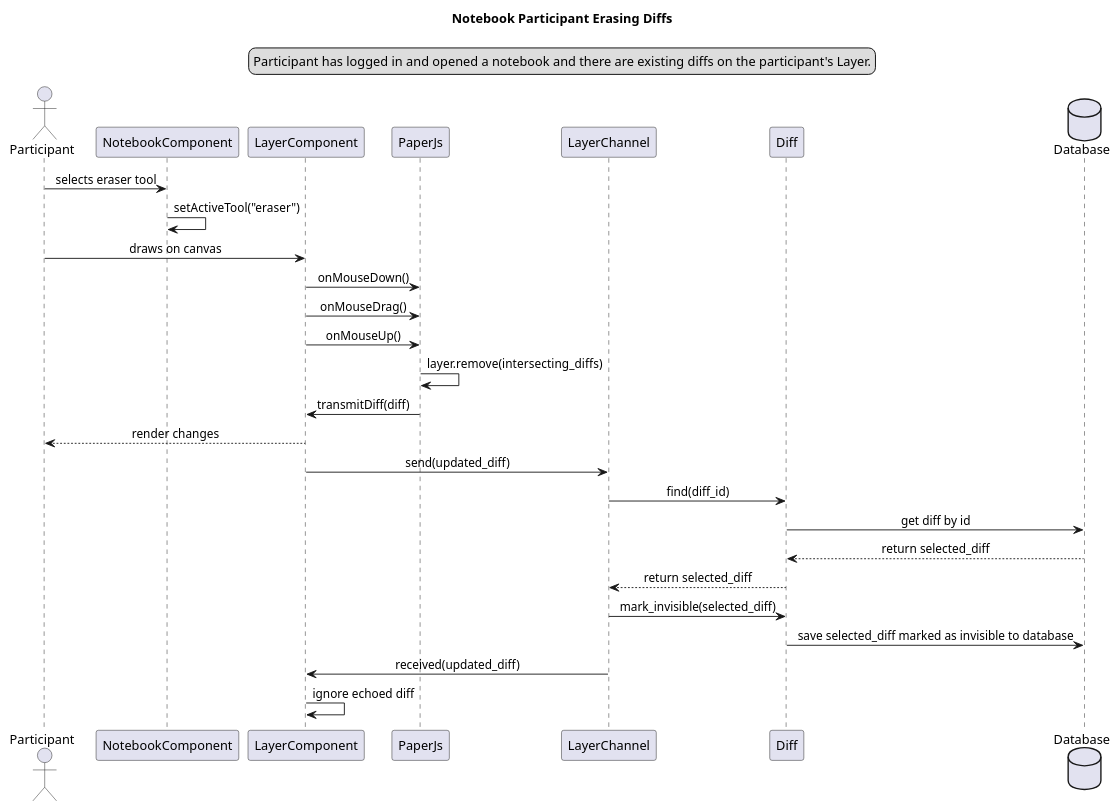
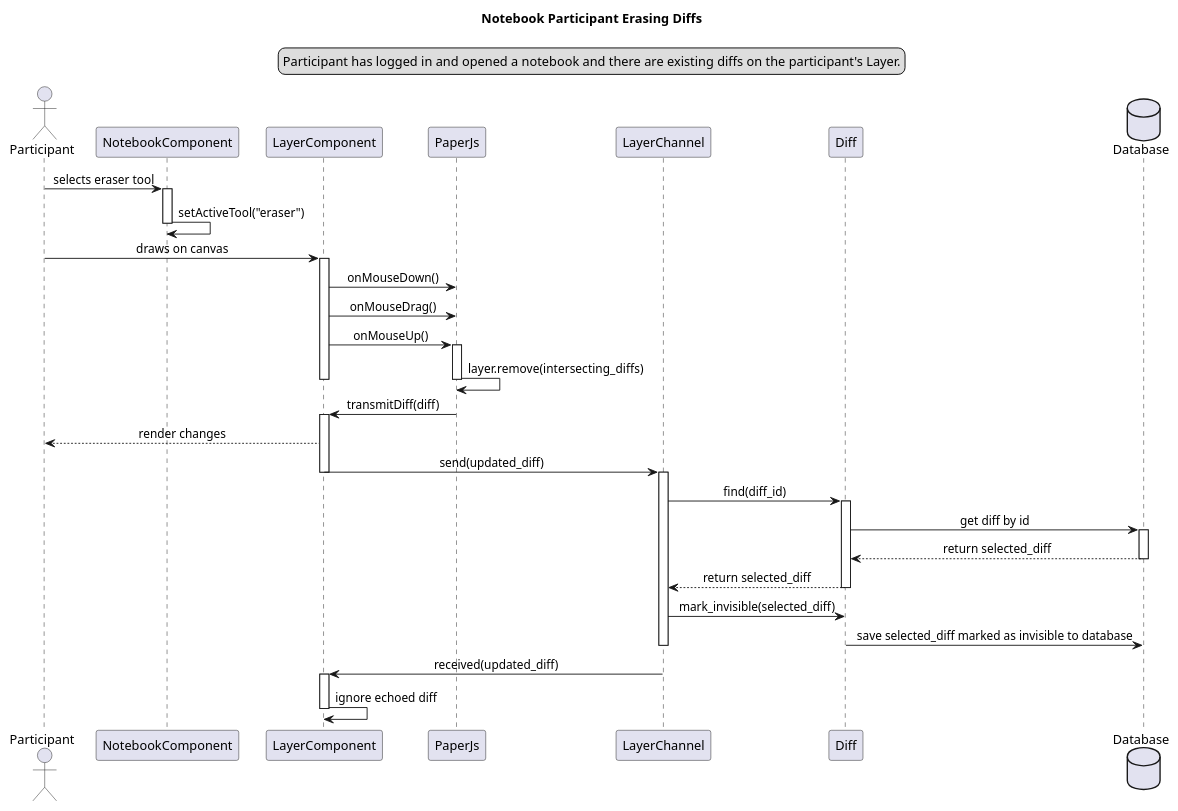
The diagram in docs/preliminary_design/participant_erase_diff_seq.plantuml (calebschoepp/canvasync), drawn with PlantUML before and after one commit. The commit also changed 14 other files, not shown here.

```diff
--- a/docs/preliminary_design/participant_erase_diff_seq.plantuml
+++ b/docs/preliminary_design/participant_erase_diff_seq.plantuml
@@ -1,38 +1,54 @@
 @startuml Notebook Participant Erasing Diffs
 title Notebook Participant Erasing Diffs
 skinparam sequenceMessageAlign center
 legend top
 Participant has logged in and opened a notebook and there are existing diffs on the participant's Layer.
 endlegend
 
 actor Participant as partic
 participant NotebookComponent as nc
 participant LayerComponent as lc
 participant PaperJs as pjs
 participant LayerChannel as lch
 participant Diff as d
 database Database as db
 
 partic -> nc : selects eraser tool
+activate nc
 nc -> nc : setActiveTool("eraser")
+deactivate nc
 partic -> lc : draws on canvas
+activate lc
 
 lc -> pjs : onMouseDown()
 lc -> pjs : onMouseDrag()
 lc -> pjs : onMouseUp()
+activate pjs
 pjs -> pjs : layer.remove(intersecting_diffs)
+deactivate pjs
+deactivate lc
 pjs -> lc : transmitDiff(diff)
+activate lc
 
 lc --> partic : render changes
 
 lc -> lch : send(updated_diff)
+deactivate lc
+activate lch
 lch -> d : find(diff_id)
+activate d
 d -> db : get diff by id
+activate db
 db --> d : return selected_diff
+deactivate db
 d --> lch : return selected_diff
+deactivate d
 lch -> d : mark_invisible(selected_diff)
 d -> db : save selected_diff marked as invisible to database
+deactivate lch
 
 lch -> lc : received(updated_diff)
+activate lc
 lc -> lc : ignore echoed diff
+deactivate lc
 @enduml
```
